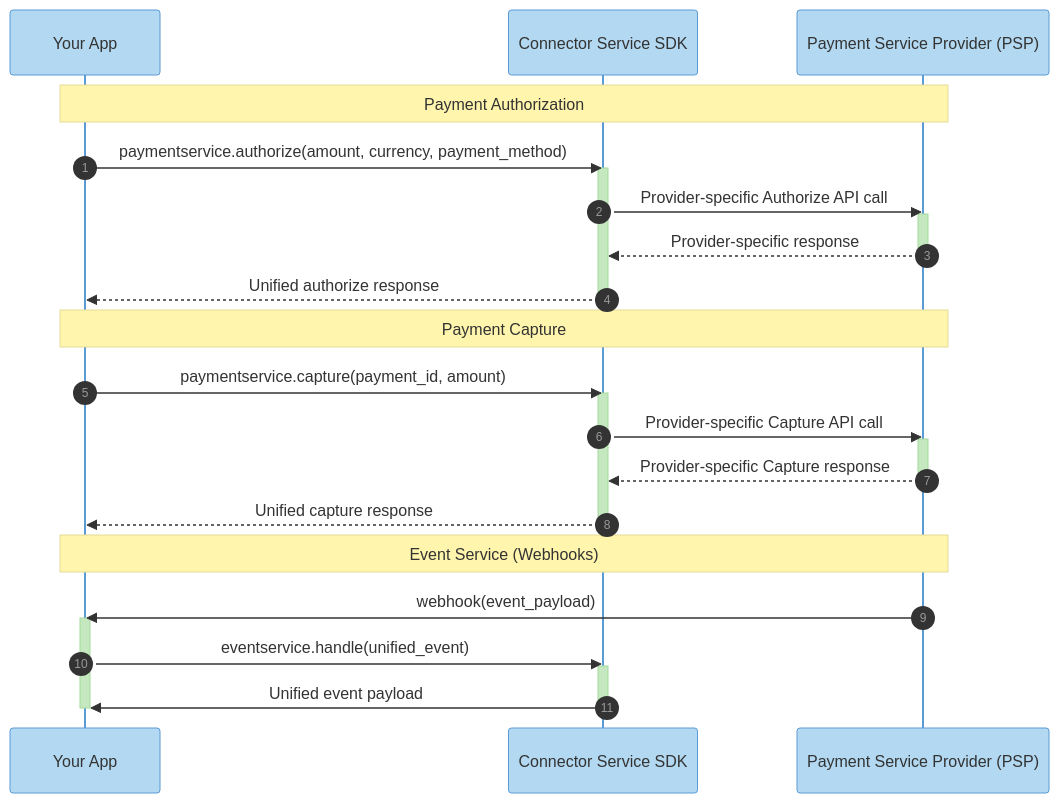
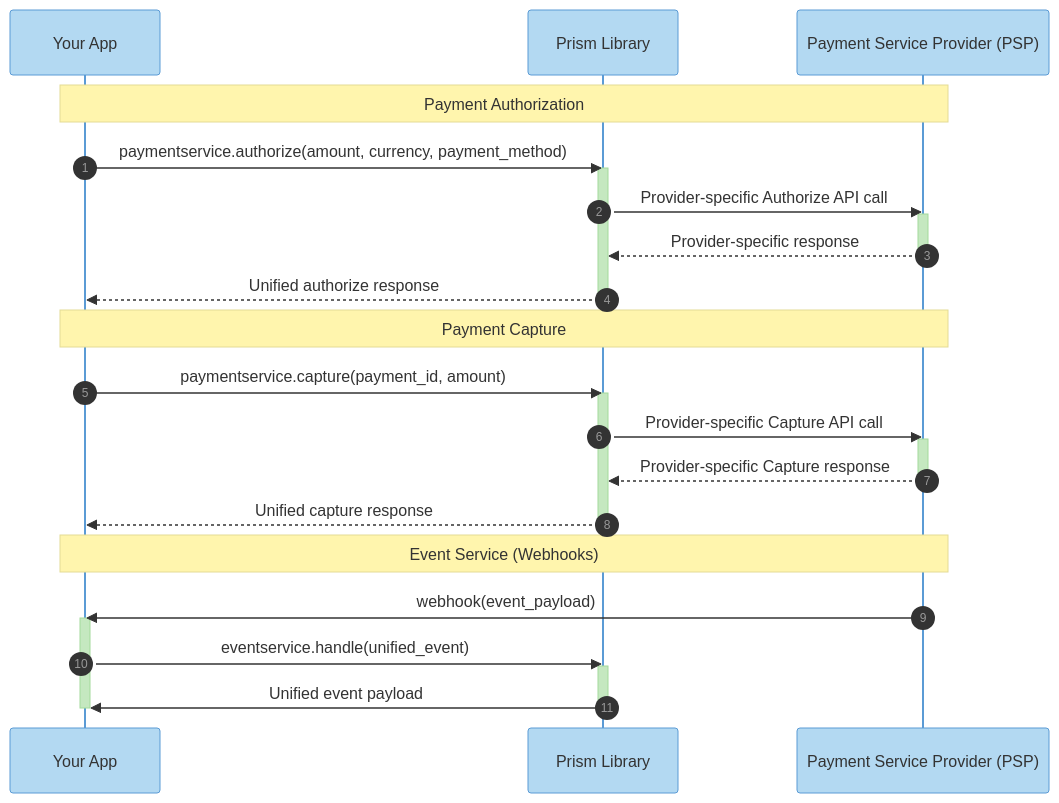
The diagram in README.md (juspay/connector-service), drawn with Mermaid before and after one commit. The commit also changed other lines of this file and 55 other files, not shown here.

````diff
--- a/README.md
+++ b/README.md
@@ -82,38 +66,38 @@
 ```mermaid
 %%{init: {'theme': 'base', 'themeVariables': { 'primaryColor': '#B3D9F2', 'primaryTextColor': '#333333', 'primaryBorderColor': '#5B9BD5', 'lineColor': '#666666', 'secondaryColor': '#C5E8C0', 'tertiaryColor': '#F9B872'}}}%%
 sequenceDiagram
    autonumber
    participant App as Your App
-   participant SDK as Connector Service SDK
+   participant Prism as Prism Library
    participant PSP as Payment Service Provider (PSP)
    
    Note over App,PSP: Payment Authorization
-   App->>SDK: paymentservice.authorize(amount, currency, payment_method)
-   activate SDK
-   SDK->>PSP: Provider-specific Authorize API call
+   App->>Prism: paymentservice.authorize(amount, currency, payment_method)
+   activate Prism
+   Prism->>PSP: Provider-specific Authorize API call
    activate PSP
-   PSP-->>SDK: Provider-specific response
+   PSP-->>Prism: Provider-specific response
    deactivate PSP
-   SDK-->>App: Unified authorize response
-   deactivate SDK
+   Prism-->>App: Unified authorize response
+   deactivate Prism
 
    Note over App,PSP: Payment Capture
-   App->>SDK: paymentservice.capture(payment_id, amount)
-   activate SDK
-   SDK->>PSP: Provider-specific Capture API call
+   App->>Prism: paymentservice.capture(payment_id, amount)
+   activate Prism
+   Prism->>PSP: Provider-specific Capture API call
    activate PSP
-   PSP-->>SDK: Provider-specific Capture response
+   PSP-->>Prism: Provider-specific Capture response
    deactivate PSP
-   SDK-->>App: Unified capture response
-   deactivate SDK
+   Prism-->>App: Unified capture response
+   deactivate Prism
 
    Note over App,PSP: Event Service (Webhooks)
    PSP->>App: webhook(event_payload)
    activate App
-   App->>SDK: eventservice.handle(unified_event)
-   activate SDK
-   SDK->>App: Unified event payload
-   deactivate SDK
+   App->>Prism: eventservice.handle(unified_event)
+   activate Prism
+   Prism->>App: Unified event payload
+   deactivate Prism
    deactivate App
 
 ```
````
